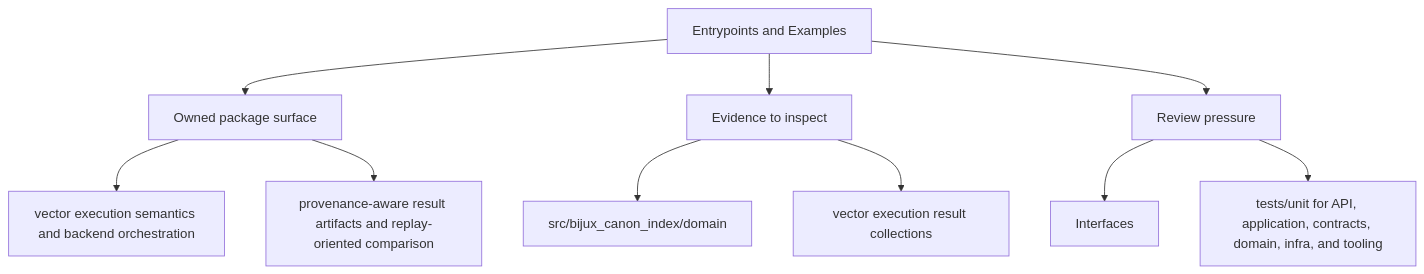
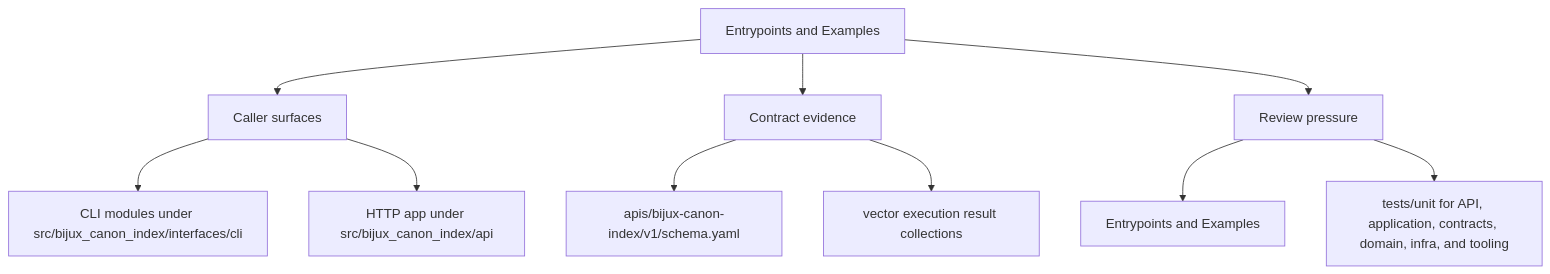
Before and after one commit to bijux/bijux-canon: the second of 2 diagrams in docs/bijux-canon-index/interfaces/entrypoints-and-examples.md, drawn with Mermaid. The commit also changed other lines of this file and 250 other files, not shown here.

Commit message:
docs(diagrams): make product page maps more readable

````diff
--- a/docs/bijux-canon-index/interfaces/entrypoints-and-examples.md
+++ b/docs/bijux-canon-index/interfaces/entrypoints-and-examples.md
@@ -34,22 +34,22 @@
 ```mermaid
 flowchart TD
     page["Entrypoints and Examples"]
-    focus1["Owned package surface"]
+    focus1["Caller surfaces"]
     page --> focus1
-    focus1_1["vector execution semantics and backend orchestration"]
+    focus1_1["CLI modules under src/bijux_canon_index/interfaces/cli"]
     focus1 --> focus1_1
-    focus1_2["provenance-aware result artifacts and replay-oriented comparison"]
+    focus1_2["HTTP app under src/bijux_canon_index/api"]
     focus1 --> focus1_2
-    focus2["Evidence to inspect"]
+    focus2["Contract evidence"]
     page --> focus2
-    focus2_1["src/bijux_canon_index/domain"]
+    focus2_1["apis/bijux-canon-index/v1/schema.yaml"]
     focus2 --> focus2_1
     focus2_2["vector execution result collections"]
     focus2 --> focus2_2
     focus3["Review pressure"]
     page --> focus3
-    focus3_1["Interfaces"]
+    focus3_1["Entrypoints and Examples"]
     focus3 --> focus3_1
     focus3_2["tests/unit for API, application, contracts, domain, infra, and tooling"]
     focus3 --> focus3_2
 ```
````
